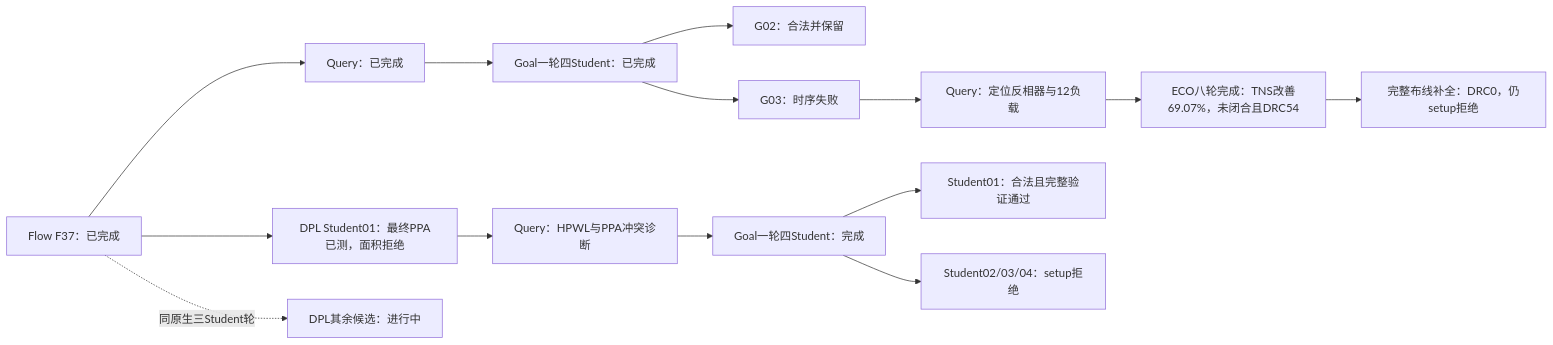
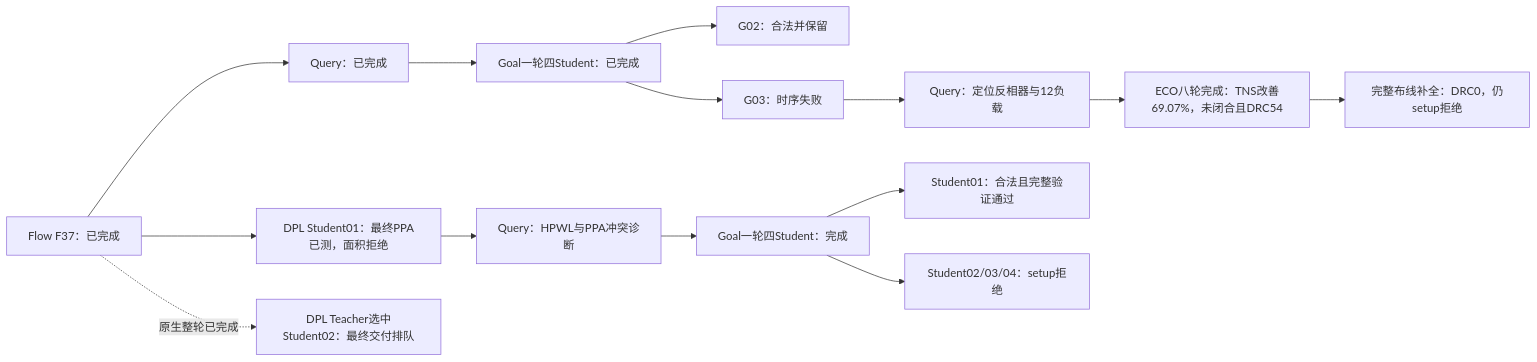
Before and after one commit to CODA-Team/ChipEvolve: the first of 2 diagrams in admin/INVITED_PAPER_RESULTS_20261020.md, drawn with Mermaid. The commit also changed other lines of this file and 6 other files, not shown here.

````diff
--- a/admin/INVITED_PAPER_RESULTS_20261020.md
+++ b/admin/INVITED_PAPER_RESULTS_20261020.md
@@ -41,16 +43,16 @@
 ```mermaid
 flowchart LR
  F[Flow F37：已完成] --> Q[Query：已完成]
  Q --> G[Goal一轮四Student：已完成]
  G --> G2[G02：合法并保留]
  G --> G3[G03：时序失败]
  G3 --> QE[Query：定位反相器与12负载]
  QE --> E[ECO八轮完成：TNS改善69.07%，未闭合且DRC54]
  E --> R[完整布线补全：DRC0，仍setup拒绝]
  F --> D1[DPL Student01：最终PPA已测，面积拒绝]
- F -. 同原生三Student轮 .-> D[DPL其余候选：进行中]
+ F -. 原生整轮已完成 .-> D[DPL Teacher选中Student02：最终交付排队]
  D1 --> QD[Query：HPWL与PPA冲突诊断]
  QD --> GN[Goal一轮四Student：完成]
  GN --> DG1[Student01：合法且完整验证通过]
  GN --> DGX[Student02/03/04：setup拒绝]
 ```
````
